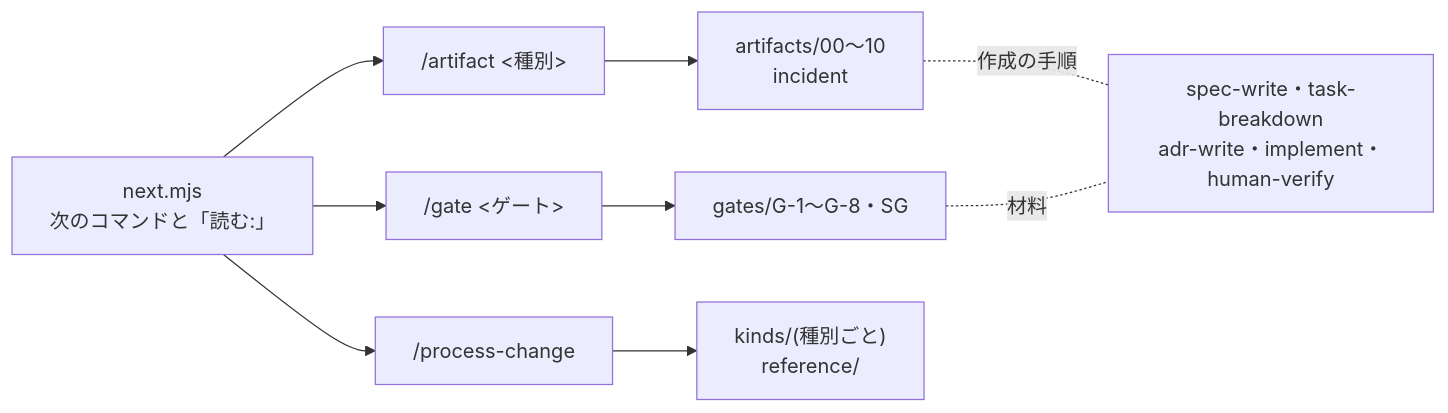
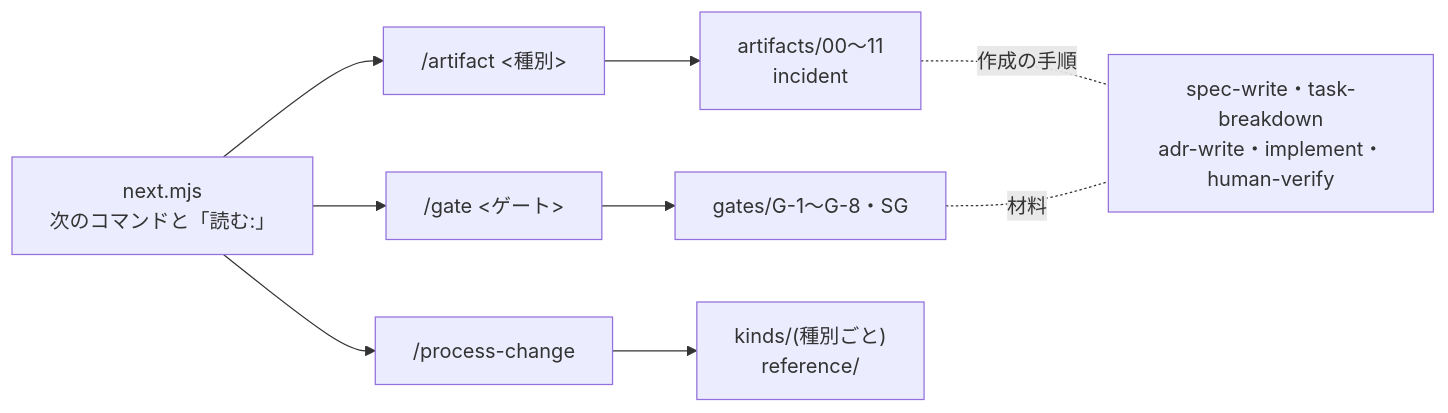
Before and after one commit to Takenori-Kusaka/process-compass: the second of 2 diagrams in src/content/docs/phase5-implementation/template-repository.md, drawn with Mermaid. The commit also changed other lines of this file and 47 other files, not shown here.

````diff
--- a/src/content/docs/phase5-implementation/template-repository.md
+++ b/src/content/docs/phase5-implementation/template-repository.md
@@ -190,11 +198,11 @@
 ```mermaid
 flowchart LR
   N["next.mjs<br/>次のコマンドと「読む:」"] --> A["/artifact &lt;種別&gt;"]
   N --> G["/gate &lt;ゲート&gt;"]
   N --> C["/process-change"]
-  A --> AF["artifacts/00〜10<br/>incident"]
+  A --> AF["artifacts/00〜11<br/>incident"]
   G --> GF["gates/G-1〜G-8・SG"]
   C --> CF["kinds/(種別ごと)<br/>reference/"]
   AF -.作成の手順.- S["spec-write・task-breakdown<br/>adr-write・implement・human-verify"]
   GF -.材料.- S
 ```
````
